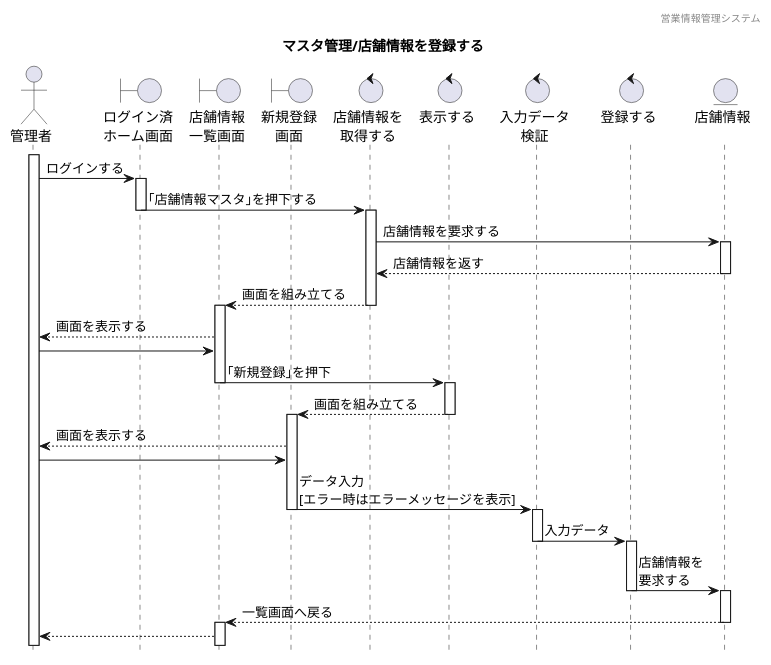
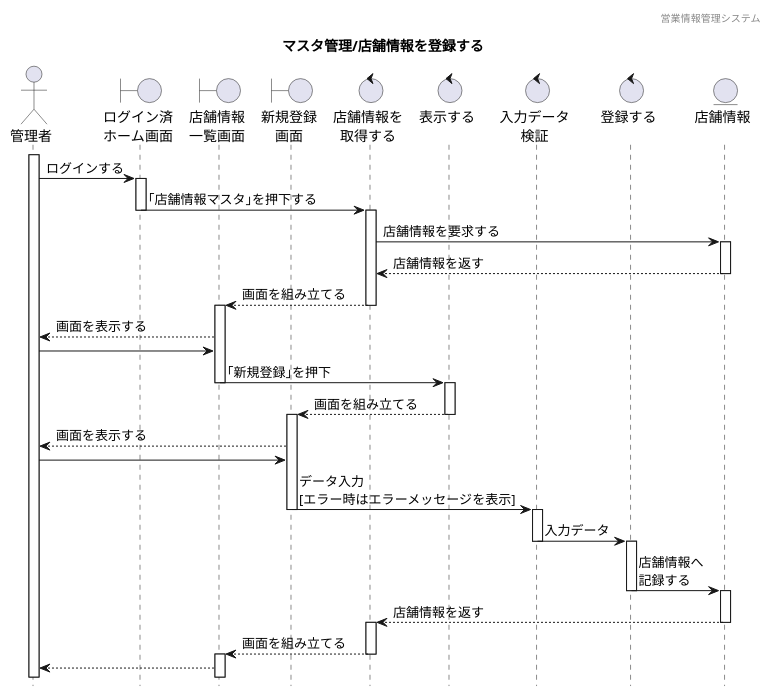
The diagram in 各種設計書/4シーケンス図/マスタ管理/2.店舗情報マスタ/店舗情報管理_登録.plantuml (HaruShim/Sotuken), drawn with PlantUML before and after one commit.

```diff
--- a/各種設計書/4シーケンス図/マスタ管理/2.店舗情報マスタ/店舗情報管理_登録.plantuml
+++ b/各種設計書/4シーケンス図/マスタ管理/2.店舗情報マスタ/店舗情報管理_登録.plantuml
@@ -1,63 +1,65 @@
 @startuml sequence
 
 hide footbox
 header 営業情報管理システム
 title マスタ管理/店舗情報を登録する
 
 ' actor "" as 
 actor "管理者" as a1
 ' boundary "" as
 boundary "ログイン済\nホーム画面" as b1
 boundary "店舗情報\n一覧画面" as b2
 boundary "新規登録\n画面" as b3
 ' control "" as 
 control "店舗情報を\n取得する" as c1
 control "表示する\n" as c2
 control "入力データ\n検証" as c3
 control "登録する\n" as c4
 ' entity "" as
 entity "店舗情報\n" as e1
 
 ' ログイン済みホーム画面から一覧表示までのシーケンス
 activate a1
 a1 -> b1 : ログインする
 activate b1
 b1 -> c1 : ｢店舗情報マスタ｣を押下する
 deactivate
 activate c1
 c1 -> e1 : 店舗情報を要求する
 activate e1
 e1 --> c1 : 店舗情報を返す
 deactivate e1
 c1 --> b2 : 画面を組み立てる
 deactivate c1
 activate b2
 b2 --> a1 : 画面を表示する
 
 a1 -> b2 : 
 b2 -> c2 : ｢新規登録｣を押下
 deactivate b2
 activate c2
 c2 --> b3 : 画面を組み立てる
 deactivate c2
 activate b3
 b3 --> a1 : 画面を表示する
 
 a1 -> b3
 b3 -> c3 : データ入力\n[エラー時はエラーメッセージを表示]
 deactivate b3
 activate c3
 c3 -> c4 : 入力データ
 deactivate c3
 activate c4
-c4 -> e1 : 店舗情報を\n要求する
+c4 -> e1 : 店舗情報へ\n記録する
 deactivate c4
 activate e1
-e1 --> b2  : 一覧画面へ戻る　　　　　　　　　　　　　　　　
+e1 --> c1 : 店舗情報を返す　　　　　　　　　　　　　　　
 deactivate e1
+activate c1
+c1 --> b2 : 画面を組み立てる
+deactivate c1
 activate b2
 b2 --> a1
 
 
-
 @enduml
```
